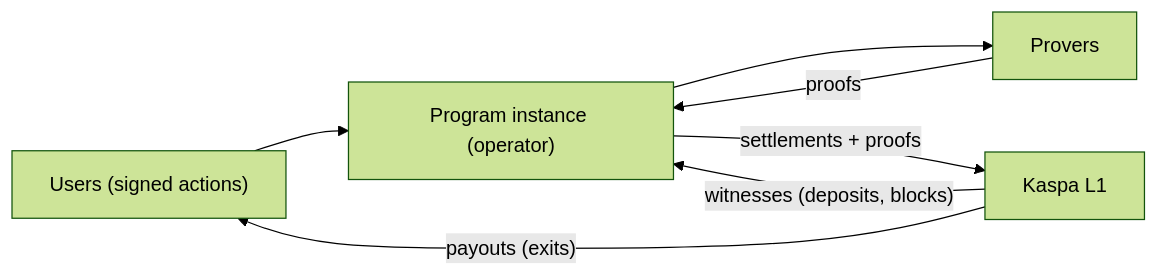
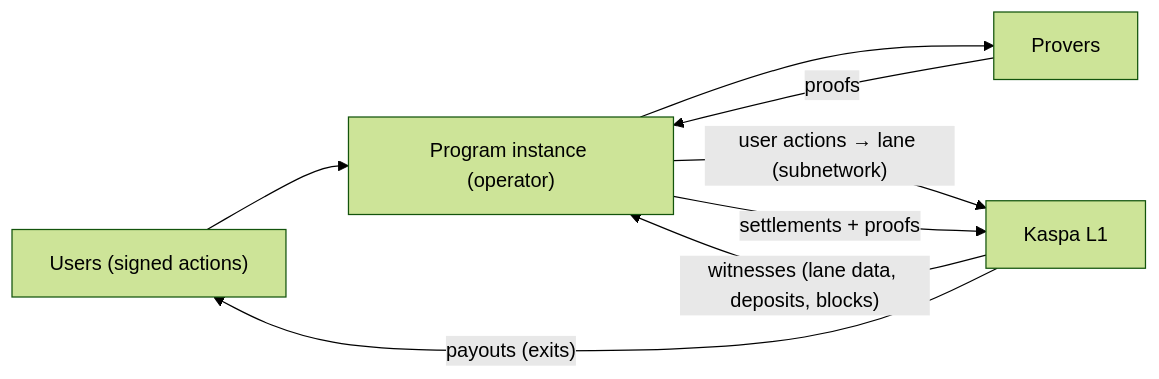
One commit to biryukovmaxim/vprogs-workshop changed the diagram in src/based-rollup.md. Above: the diagram before and after it, drawn with Mermaid (forest theme). The commit also changed other lines of this file and 1 other file, not shown here.

Commit message:
workshop: transaction vocabulary chapter; lane-accurate overview diagram

````diff
--- a/src/based-rollup.md
+++ b/src/based-rollup.md
@@ -15,9 +15,10 @@
 ```mermaid
 flowchart LR
     U["Users (signed actions)"] --> OP["Program instance (operator)"]
     OP --> PR["Provers"]
     PR -- "proofs" --> OP
-    OP -- "settlements + proofs" --> L1["Kaspa L1"]
-    L1 -- "witnesses (deposits, blocks)" --> OP
+    OP -- "user actions → lane (subnetwork)" --> L1["Kaspa L1"]
+    OP -- "settlements + proofs" --> L1
+    L1 -- "witnesses (lane data, deposits, blocks)" --> OP
     L1 -- "payouts (exits)" --> U
 ```
````
